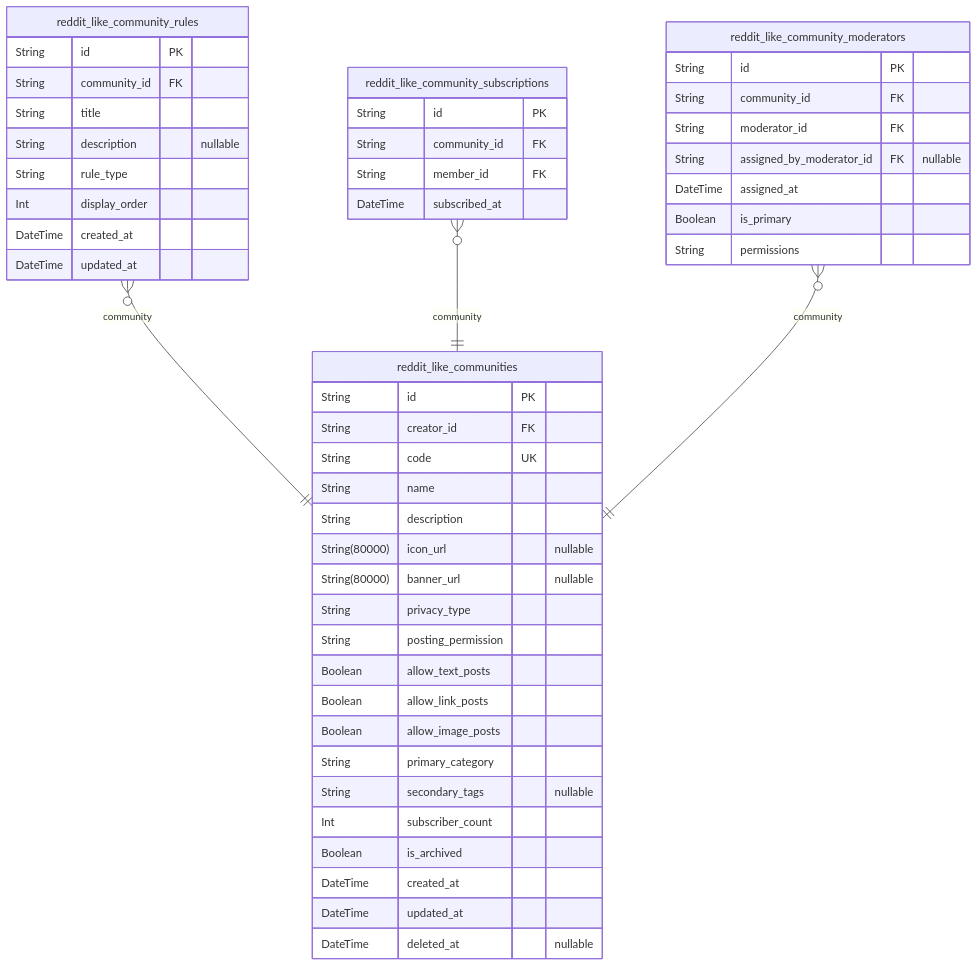
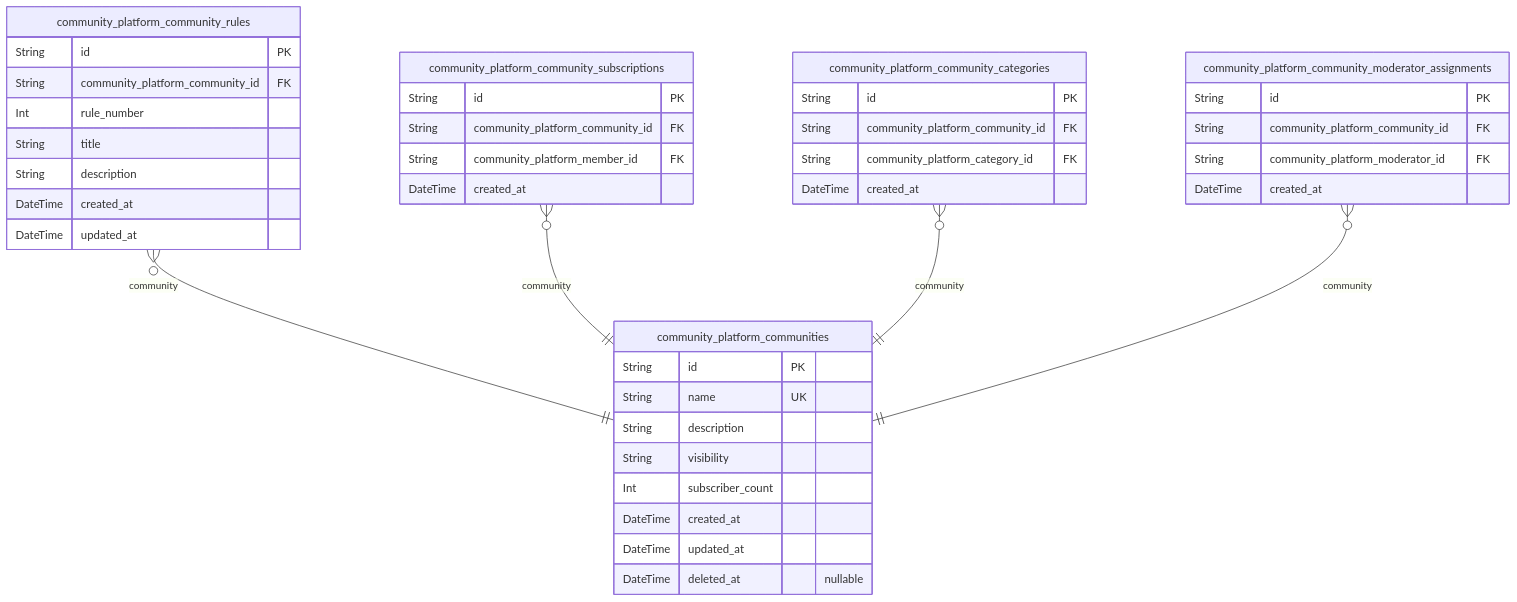
One commit to wrtnlabs/autobe-examples changed the third of 7 diagrams in anthropic/claude-sonnet-4.5/reddit/docs/ERD.md. Above: the diagram before and after it, drawn with Mermaid. The commit also changed other lines of this file and 16146 other files, not shown here.

````diff
--- a/anthropic/claude-sonnet-4.5/reddit/docs/ERD.md
+++ b/anthropic/claude-sonnet-4.5/reddit/docs/ERD.md
@@ -554,52 +454,44 @@
 ```mermaid
 erDiagram
-"reddit_like_communities" {
+"community_platform_communities" {
   String id PK
-  String creator_id FK
-  String code UK
-  String name
+  String name UK
   String description
-  String(80000) icon_url "nullable"
-  String(80000) banner_url "nullable"
-  String privacy_type
-  String posting_permission
-  Boolean allow_text_posts
-  Boolean allow_link_posts
-  Boolean allow_image_posts
-  String primary_category
-  String secondary_tags "nullable"
+  String visibility
   Int subscriber_count
-  Boolean is_archived
   DateTime created_at
   DateTime updated_at
   DateTime deleted_at "nullable"
 }
-"reddit_like_community_rules" {
+"community_platform_community_rules" {
   String id PK
-  String community_id FK
+  String community_platform_community_id FK
+  Int rule_number
   String title
-  String description "nullable"
-  String rule_type
-  Int display_order
+  String description
   DateTime created_at
   DateTime updated_at
 }
-"reddit_like_community_subscriptions" {
+"community_platform_community_subscriptions" {
   String id PK
-  String community_id FK
-  String member_id FK
-  DateTime subscribed_at
+  String community_platform_community_id FK
+  String community_platform_member_id FK
+  DateTime created_at
 }
-"reddit_like_community_moderators" {
+"community_platform_community_categories" {
   String id PK
-  String community_id FK
-  String moderator_id FK
-  String assigned_by_moderator_id FK "nullable"
-  DateTime assigned_at
-  Boolean is_primary
-  String permissions
+  String community_platform_community_id FK
+  String community_platform_category_id FK
+  DateTime created_at
 }
-"reddit_like_community_rules" }o--|| "reddit_like_communities" : community
-"reddit_like_community_subscriptions" }o--|| "reddit_like_communities" : community
-"reddit_like_community_moderators" }o--|| "reddit_like_communities" : community
+"community_platform_community_moderator_assignments" {
+  String id PK
+  String community_platform_community_id FK
+  String community_platform_moderator_id FK
+  DateTime created_at
+}
+"community_platform_community_rules" }o--|| "community_platform_communities" : community
+"community_platform_community_subscriptions" }o--|| "community_platform_communities" : community
+"community_platform_community_categories" }o--|| "community_platform_communities" : community
+"community_platform_community_moderator_assignments" }o--|| "community_platform_communities" : community
 ```
````
